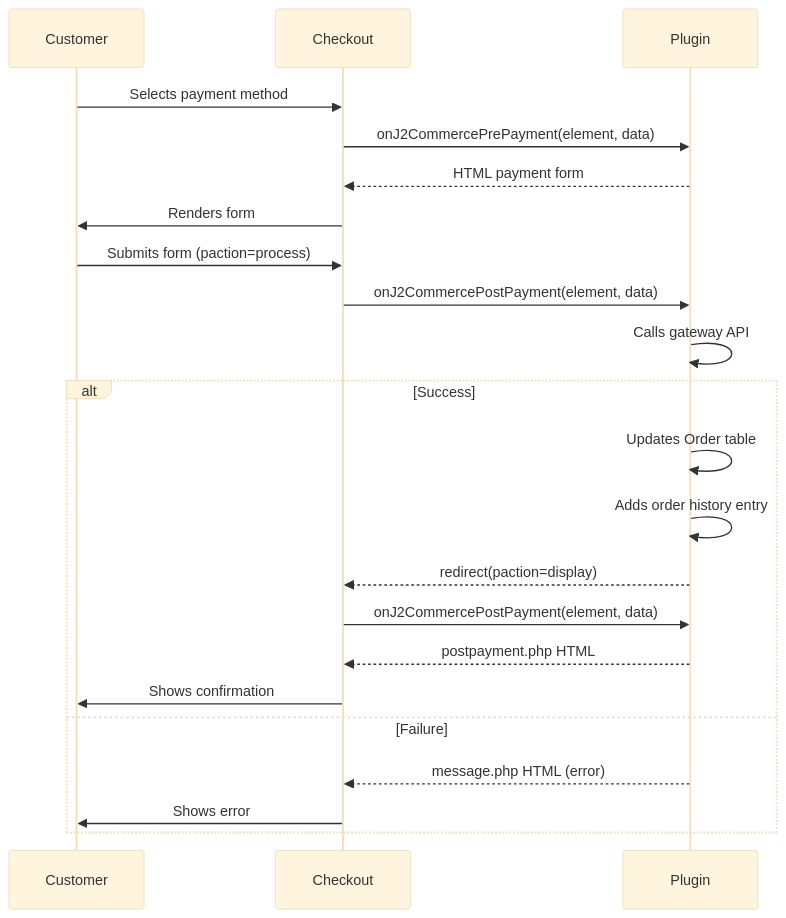
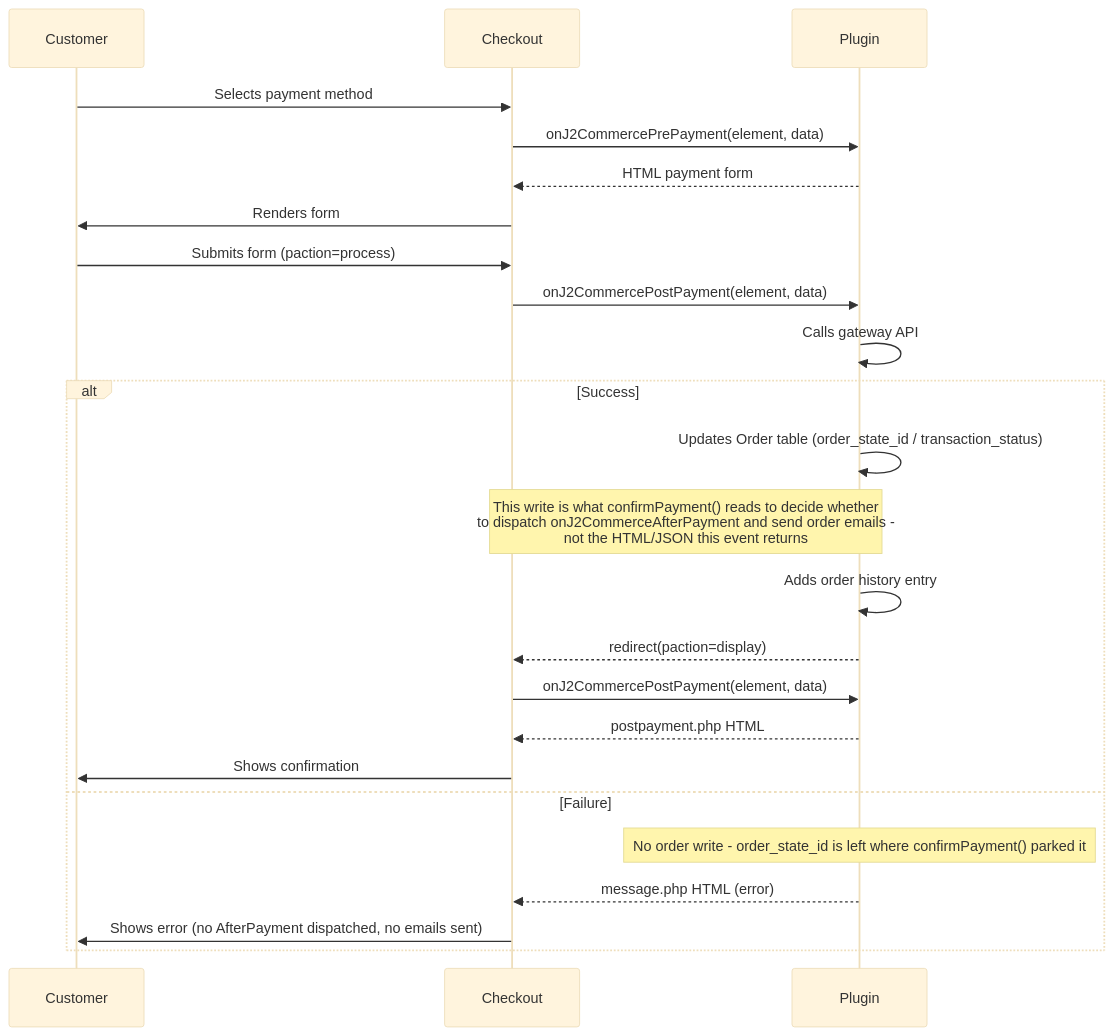
The second of 2 diagrams in website/developer-v6/extensions/plugins/payment/payment-plugin-development.md (j2commerce/documentation), drawn with Mermaid (base theme) before and after one commit. The commit also changed other lines of this file, not shown here.

````diff
--- a/website/developer-v6/extensions/plugins/payment/payment-plugin-development.md
+++ b/website/developer-v6/extensions/plugins/payment/payment-plugin-development.md
@@ -866,25 +868,27 @@
 ```mermaid
 sequenceDiagram
     participant Customer
     participant Checkout
     participant Plugin
 
     Customer->>Checkout: Selects payment method
     Checkout->>Plugin: onJ2CommercePrePayment(element, data)
     Plugin-->>Checkout: HTML payment form
     Checkout->>Customer: Renders form
     Customer->>Checkout: Submits form (paction=process)
     Checkout->>Plugin: onJ2CommercePostPayment(element, data)
     Plugin->>Plugin: Calls gateway API
     alt Success
-        Plugin->>Plugin: Updates Order table
+        Plugin->>Plugin: Updates Order table (order_state_id / transaction_status)
+        Note over Checkout,Plugin: This write is what confirmPayment() reads to decide whether<br/>to dispatch onJ2CommerceAfterPayment and send order emails -<br/>not the HTML/JSON this event returns
         Plugin->>Plugin: Adds order history entry
         Plugin-->>Checkout: redirect(paction=display)
         Checkout->>Plugin: onJ2CommercePostPayment(element, data)
         Plugin-->>Checkout: postpayment.php HTML
         Checkout->>Customer: Shows confirmation
     else Failure
+        Note over Plugin: No order write - order_state_id is left where confirmPayment() parked it
         Plugin-->>Checkout: message.php HTML (error)
-        Checkout->>Customer: Shows error
+        Checkout->>Customer: Shows error (no AfterPayment dispatched, no emails sent)
     end
 ```
````
